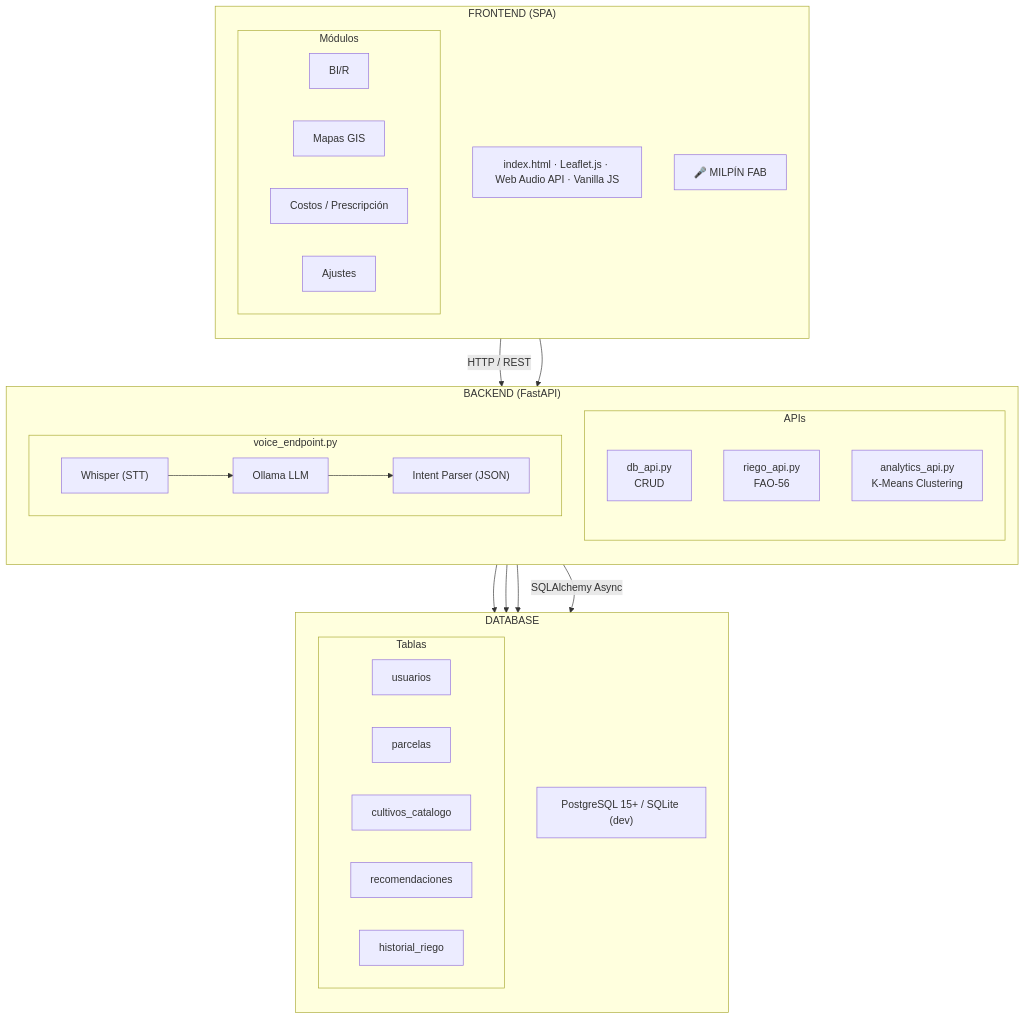
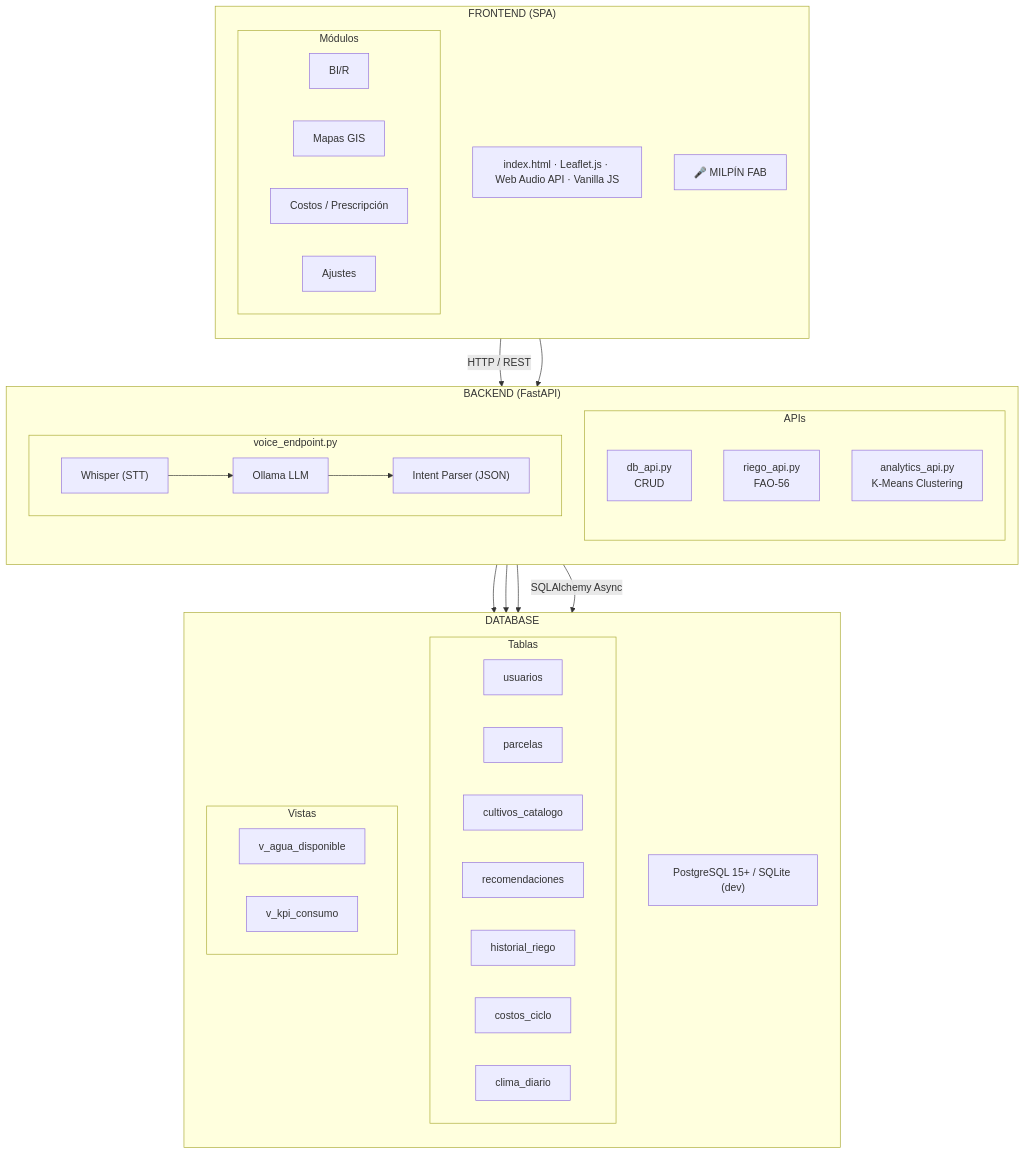
The first of 3 diagrams in README.md (Zidnz/Milpin-pp26-v.1-), drawn with Mermaid before and after one commit. The commit also changed other lines of this file, not shown here.

````diff
--- a/README.md
+++ b/README.md
@@ -104,57 +126,64 @@
 ```mermaid
 flowchart TB
 
     subgraph FRONTEND["FRONTEND (SPA)"]
         direction TB
         FE_TECH["index.html · Leaflet.js · Web Audio API · Vanilla JS"]
 
         subgraph FE_MODULES["Módulos"]
             BI["BI/R"]
             GIS["Mapas GIS"]
             COST["Costos / Prescripción"]
             SETT["Ajustes"]
         end
 
         VOICE_UI["🎤 MILPÍN FAB"]
     end
 
     subgraph BACKEND["BACKEND (FastAPI)"]
         direction TB
 
         subgraph APIS["APIs"]
             DB_API["db_api.py\nCRUD"]
             RIEGO_API["riego_api.py\nFAO-56"]
             ANALYTICS_API["analytics_api.py\nK-Means Clustering"]
         end
 
         subgraph VOICE_PIPELINE["voice_endpoint.py"]
             WHISPER["Whisper (STT)"]
             OLLAMA["Ollama LLM"]
             PARSER["Intent Parser (JSON)"]
 
             WHISPER --> OLLAMA --> PARSER
         end
     end
 
     subgraph DB["DATABASE"]
         direction TB
         DB_ENGINE["PostgreSQL 15+ / SQLite (dev)"]
 
         subgraph TABLES["Tablas"]
             USERS["usuarios"]
             PARCELAS["parcelas"]
             CULTIVOS["cultivos_catalogo"]
             RECOM["recomendaciones"]
             HIST["historial_riego"]
+            COSTOS["costos_ciclo"]
+            CLIMA["clima_diario"]
+        end
+
+        subgraph VIEWS["Vistas"]
+            V_AGUA["v_agua_disponible"]
+            V_KPI["v_kpi_consumo"]
         end
     end
 
     FRONTEND -->|"HTTP / REST"| BACKEND
     BACKEND -->|"SQLAlchemy Async"| DB
 
     VOICE_UI --> BACKEND
     DB_API --> DB_ENGINE
     RIEGO_API --> DB_ENGINE
     ANALYTICS_API --> DB_ENGINE
 
 ```
````
